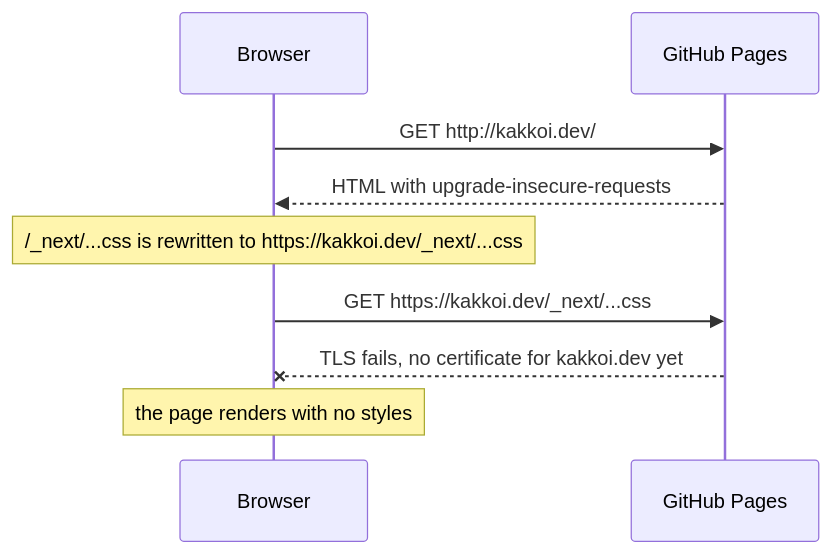
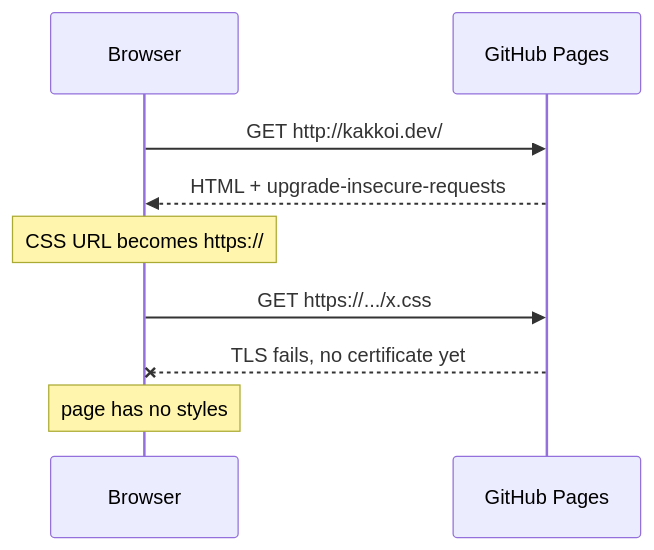
The second of 3 diagrams in docs/ja/lessons/t40.md (KakkoiDev/izumo-io), drawn with Mermaid before and after one commit. The commit also changed other lines of this file and 7 other files, not shown here.

````diff
--- a/docs/ja/lessons/t40.md
+++ b/docs/ja/lessons/t40.md
@@ -437,11 +433,11 @@
 ```mermaid
 sequenceDiagram
     participant B as Browser
     participant P as GitHub Pages
     B->>P: GET http://kakkoi.dev/
-    P-->>B: HTML with upgrade-insecure-requests
-    Note over B: /_next/...css is rewritten to https://kakkoi.dev/_next/...css
-    B->>P: GET https://kakkoi.dev/_next/...css
-    P--xB: TLS fails, no certificate for kakkoi.dev yet
-    Note over B: the page renders with no styles
+    P-->>B: HTML + upgrade-insecure-requests
+    Note over B: CSS URL becomes https://
+    B->>P: GET https://.../x.css
+    P--xB: TLS fails, no certificate yet
+    Note over B: page has no styles
 ```
````
